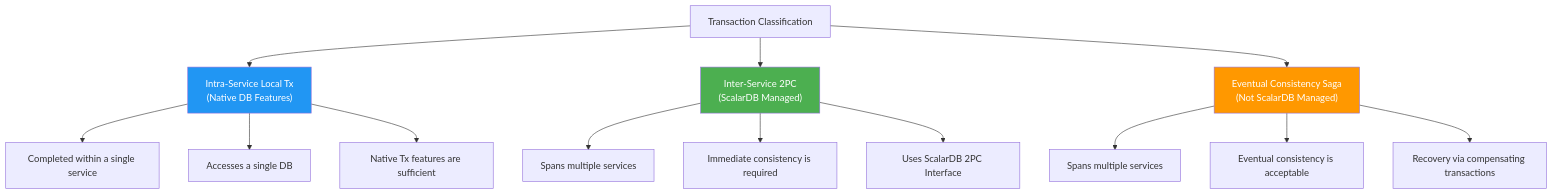
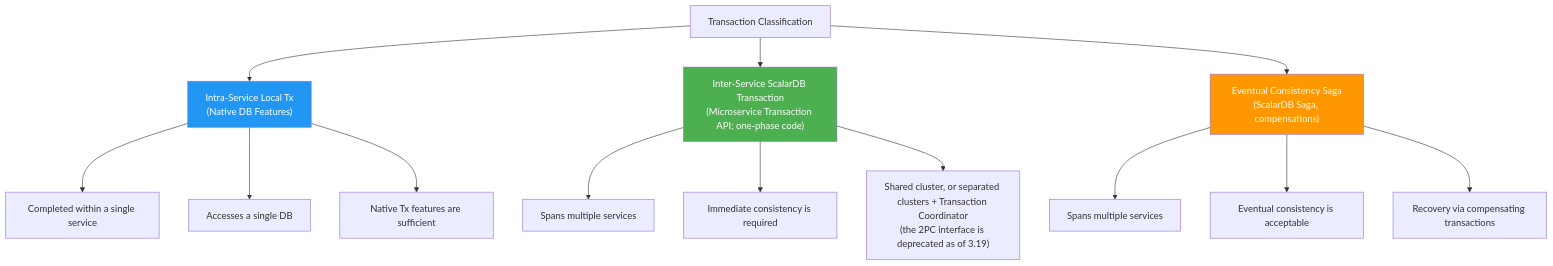
The first of 3 diagrams in workflow/greenfield/03_scalardb_scope_decision.md (wfukatsu/nexus-architect), drawn with Mermaid before and after one commit. The commit also changed other lines of this file and 42 other files, not shown here.

First line of the commit message:
feat(scalardb): reflect ScalarDB 3.20, Saga 3.20 GA, Native JDBC and the PostgreSQL wire protocol

````diff
--- a/workflow/greenfield/03_scalardb_scope_decision.md
+++ b/workflow/greenfield/03_scalardb_scope_decision.md
@@ -36,22 +36,22 @@
 ```mermaid
 flowchart TD
     TX["Transaction Classification"] --> LOCAL["Intra-Service Local Tx<br/>(Native DB Features)"]
-    TX --> TPC["Inter-Service 2PC<br/>(ScalarDB Managed)"]
-    TX --> SAGA["Eventual Consistency Saga<br/>(Not ScalarDB Managed)"]
+    TX --> TPC["Inter-Service ScalarDB Transaction<br/>(Microservice Transaction API; one-phase code)"]
+    TX --> SAGA["Eventual Consistency Saga<br/>(ScalarDB Saga, compensations)"]
 
     LOCAL --> L1["Completed within a single service"]
     LOCAL --> L2["Accesses a single DB"]
     LOCAL --> L3["Native Tx features are sufficient"]
 
     TPC --> T1["Spans multiple services"]
     TPC --> T2["Immediate consistency is required"]
-    TPC --> T3["Uses ScalarDB 2PC Interface"]
+    TPC --> T3["Shared cluster, or separated clusters + Transaction Coordinator<br/>(the 2PC interface is deprecated as of 3.19)"]
 
     SAGA --> S1["Spans multiple services"]
     SAGA --> S2["Eventual consistency is acceptable"]
     SAGA --> S3["Recovery via compensating transactions"]
 
     style LOCAL fill:#2196F3,color:#fff
     style TPC fill:#4CAF50,color:#fff
     style SAGA fill:#FF9800,color:#fff
 ```
````
